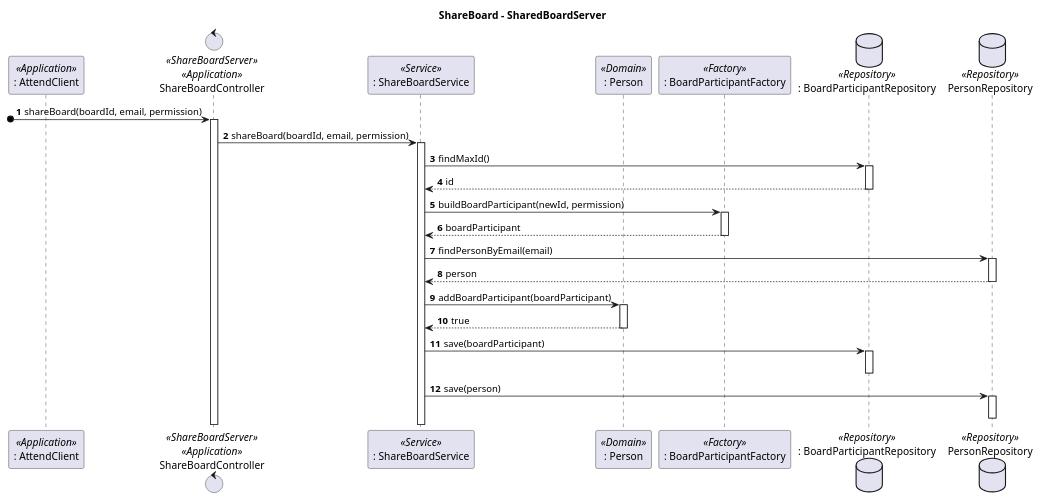
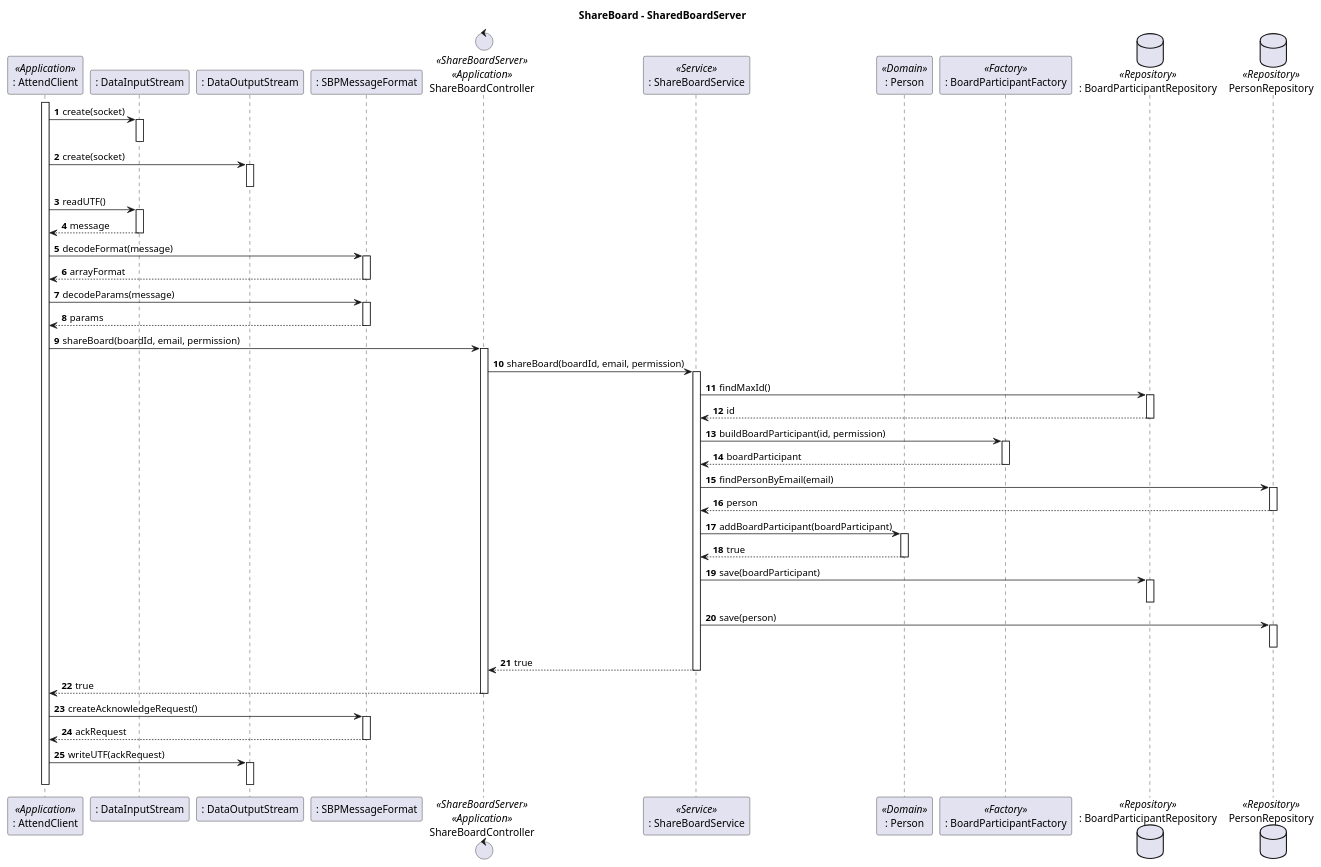
The diagram in docs/Sprint_C/us_3004/us_3004_SD_SharedBoardServer.puml (Marco-Nobrega-Andrade/sem4pi_22_23), drawn with PlantUML before and after one commit. The commit also changed 3 other files, not shown here.

Commit message:
[US_3004][Design] - Corrected Grammar Errors and added read and write on sockets at Server SD

```diff
--- a/docs/Sprint_C/us_3004/us_3004_SD_SharedBoardServer.puml
+++ b/docs/Sprint_C/us_3004/us_3004_SD_SharedBoardServer.puml
@@ -1,38 +1,66 @@
 @startuml
 autonumber
 title ShareBoard - SharedBoardServer
 
 participant ": AttendClient" as AC <<Application>>
+participant ": DataInputStream" as DIS
+participant ": DataOutputStream" as DOS
+participant ": SBPMessageFormat" as SBPMF
 control "ShareBoardController" as CTRL <<ShareBoardServer>> <<Application>>
 participant ": ShareBoardService" as SBS <<Service>>
 participant ": Person" as P <<Domain>>
 participant ": BoardParticipantFactory" as BPF <<Factory>>
 database ": BoardParticipantRepository" as BPR <<Repository>>
 database PersonRepository as PR <<Repository>>
-
-[o-> CTRL : shareBoard(boardId, email, permission)
+activate AC
+AC -> DIS : create(socket)
+activate DIS
+deactivate DIS
+AC -> DOS : create(socket)
+activate DOS
+deactivate DOS
+AC -> DIS : readUTF()
+activate DIS
+return message
+AC -> SBPMF : decodeFormat(message)
+activate SBPMF
+return arrayFormat
+AC -> SBPMF : decodeParams(message)
+activate SBPMF
+return params
+AC -> CTRL : shareBoard(boardId, email, permission)
 activate CTRL
 CTRL -> SBS : shareBoard(boardId, email, permission)
 activate SBS
 SBS -> BPR : findMaxId()
 activate BPR
 return id
-SBS -> BPF : buildBoardParticipant(newId, permission)
+SBS -> BPF : buildBoardParticipant(id, permission)
 activate BPF
 return boardParticipant
 SBS -> PR : findPersonByEmail(email)
 activate PR
 PR --> SBS : person
 deactivate PR
 SBS -> P : addBoardParticipant(boardParticipant)
 activate P
 return true
 SBS -> BPR : save(boardParticipant)
 activate BPR
 deactivate BPR
 SBS -> PR : save(person)
 activate PR
 deactivate PR
-
+SBS --> CTRL : true
+deactivate SBS
+CTRL --> AC : true
+deactivate CTRL
+AC -> SBPMF : createAcknowledgeRequest()
+activate SBPMF
+return ackRequest
+AC -> DOS : writeUTF(ackRequest)
+activate DOS
+deactivate DOS
+deactivate AC
 
 @enduml
```
